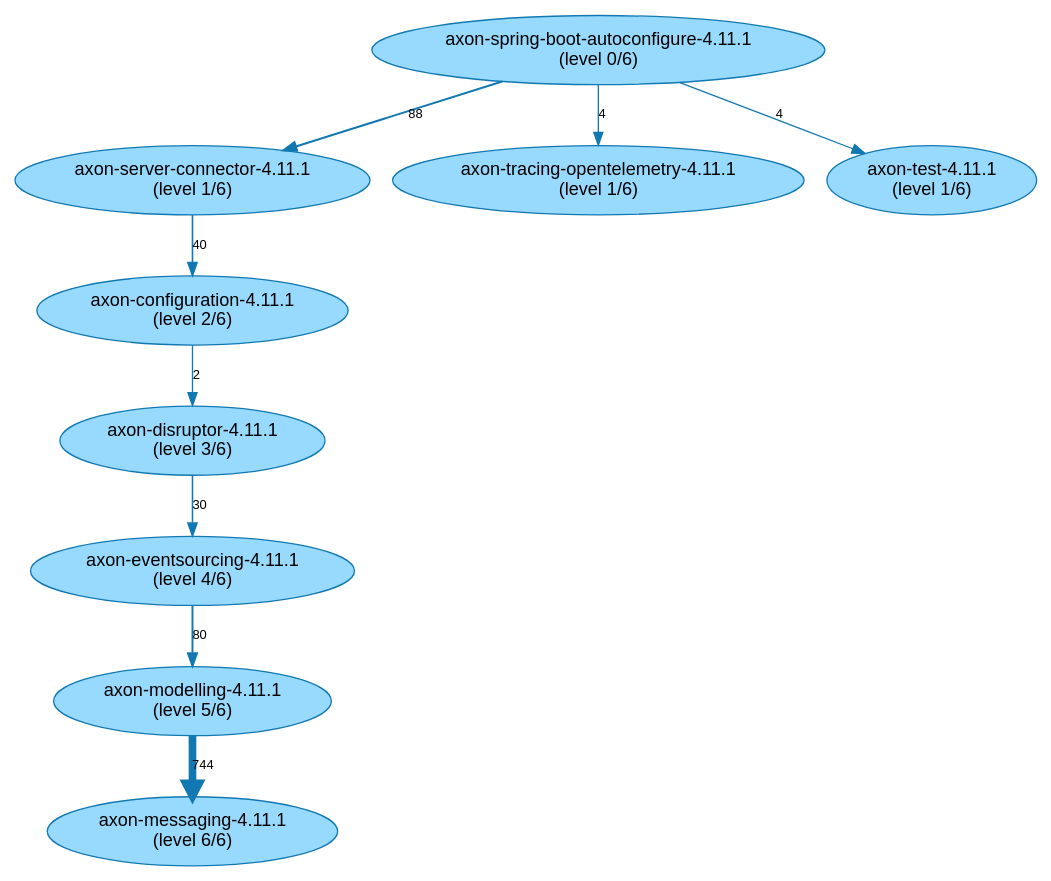
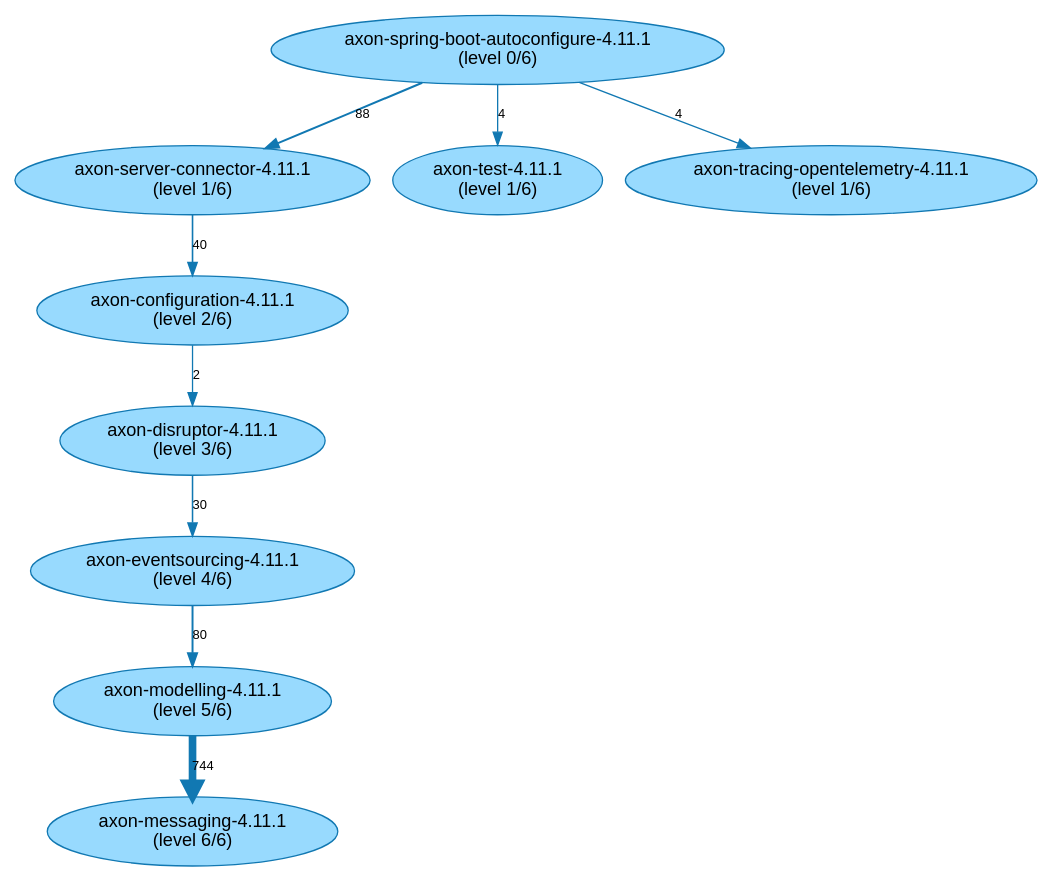
The diagram in analysis-results/AxonFramework/latest/path-finding-visualization/JavaArtifactLongestPathsIsolated.gv (JohT/code-graph-analysis-examples), drawn with Graphviz before and after one commit. The commit also changed other lines of this file and 399 other files, not shown here.

```diff
--- a/analysis-results/AxonFramework/latest/path-finding-visualization/JavaArtifactLongestPathsIsolated.gv
+++ b/analysis-results/AxonFramework/latest/path-finding-visualization/JavaArtifactLongestPathsIsolated.gv
@@ -1,32 +1,32 @@
 // This GraphViz dot file was generated by the script convertQueryResultCsvToGraphVizDotFile.sh with default.template
 
 strict digraph JavaArtifactLongestPathsIsolated {
     fontname = "Helvetica,Arial,sans-serif";
     node [fontname = "Helvetica,Arial,sans-serif";];
     edge [fontname = "Helvetica,Arial,sans-serif"; fontsize = 10;];
     node [style = filled; fillcolor = "0.560 0.400 0.999";];
     node [color = "0.560 0.900 0.700";];
     edge [color = "0.560 0.900 0.700";];
 	"axon-spring-boot-autoconfigure-4.11.1\n(level 0/6)" -> "axon-server-connector-4.11.1\n(level 1/6)" [label=88; penwidth=1.57; ];
 	"axon-server-connector-4.11.1\n(level 1/6)" -> "axon-configuration-4.11.1\n(level 2/6)" [label=40; penwidth=1.25; ];
 	"axon-configuration-4.11.1\n(level 2/6)" -> "axon-disruptor-4.11.1\n(level 3/6)" [label=2; penwidth=1.0; ];
 	"axon-disruptor-4.11.1\n(level 3/6)" -> "axon-eventsourcing-4.11.1\n(level 4/6)" [label=30; penwidth=1.19; ];
 	"axon-eventsourcing-4.11.1\n(level 4/6)" -> "axon-modelling-4.11.1\n(level 5/6)" [label=80; penwidth=1.52; ];
 	"axon-modelling-4.11.1\n(level 5/6)" -> "axon-messaging-4.11.1\n(level 6/6)" [label=744; penwidth=5.92; ];
 	"axon-spring-boot-autoconfigure-4.11.1\n(level 0/6)" -> "axon-server-connector-4.11.1\n(level 1/6)" [label=88; penwidth=1.57; ];
 	"axon-server-connector-4.11.1\n(level 1/6)" -> "axon-configuration-4.11.1\n(level 2/6)" [label=40; penwidth=1.25; ];
 	"axon-configuration-4.11.1\n(level 2/6)" -> "axon-disruptor-4.11.1\n(level 3/6)" [label=2; penwidth=1.0; ];
 	"axon-disruptor-4.11.1\n(level 3/6)" -> "axon-eventsourcing-4.11.1\n(level 4/6)" [label=30; penwidth=1.19; ];
 	"axon-eventsourcing-4.11.1\n(level 4/6)" -> "axon-modelling-4.11.1\n(level 5/6)" [label=80; penwidth=1.52; ];
 	"axon-server-connector-4.11.1\n(level 1/6)" -> "axon-configuration-4.11.1\n(level 2/6)" [label=40; penwidth=1.25; ];
 	"axon-configuration-4.11.1\n(level 2/6)" -> "axon-disruptor-4.11.1\n(level 3/6)" [label=2; penwidth=1.0; ];
 	"axon-disruptor-4.11.1\n(level 3/6)" -> "axon-eventsourcing-4.11.1\n(level 4/6)" [label=30; penwidth=1.19; ];
 	"axon-spring-boot-autoconfigure-4.11.1\n(level 0/6)" -> "axon-server-connector-4.11.1\n(level 1/6)" [label=88; penwidth=1.57; ];
 	"axon-server-connector-4.11.1\n(level 1/6)" -> "axon-configuration-4.11.1\n(level 2/6)" [label=40; penwidth=1.25; ];
 	"axon-configuration-4.11.1\n(level 2/6)" -> "axon-disruptor-4.11.1\n(level 3/6)" [label=2; penwidth=1.0; ];
 	"axon-spring-boot-autoconfigure-4.11.1\n(level 0/6)" -> "axon-server-connector-4.11.1\n(level 1/6)" [label=88; penwidth=1.57; ];
 	"axon-server-connector-4.11.1\n(level 1/6)" -> "axon-configuration-4.11.1\n(level 2/6)" [label=40; penwidth=1.25; ];
+	"axon-spring-boot-autoconfigure-4.11.1\n(level 0/6)" -> "axon-test-4.11.1\n(level 1/6)" [label=4; penwidth=1.01; ];
+	"axon-spring-boot-autoconfigure-4.11.1\n(level 0/6)" -> "axon-server-connector-4.11.1\n(level 1/6)" [label=88; penwidth=1.57; ];
 	"axon-spring-boot-autoconfigure-4.11.1\n(level 0/6)" -> "axon-tracing-opentelemetry-4.11.1\n(level 1/6)" [label=4; penwidth=1.01; ];
-	"axon-spring-boot-autoconfigure-4.11.1\n(level 0/6)" -> "axon-server-connector-4.11.1\n(level 1/6)" [label=88; penwidth=1.57; ];
-	"axon-spring-boot-autoconfigure-4.11.1\n(level 0/6)" -> "axon-test-4.11.1\n(level 1/6)" [label=4; penwidth=1.01; ];
 }
```
